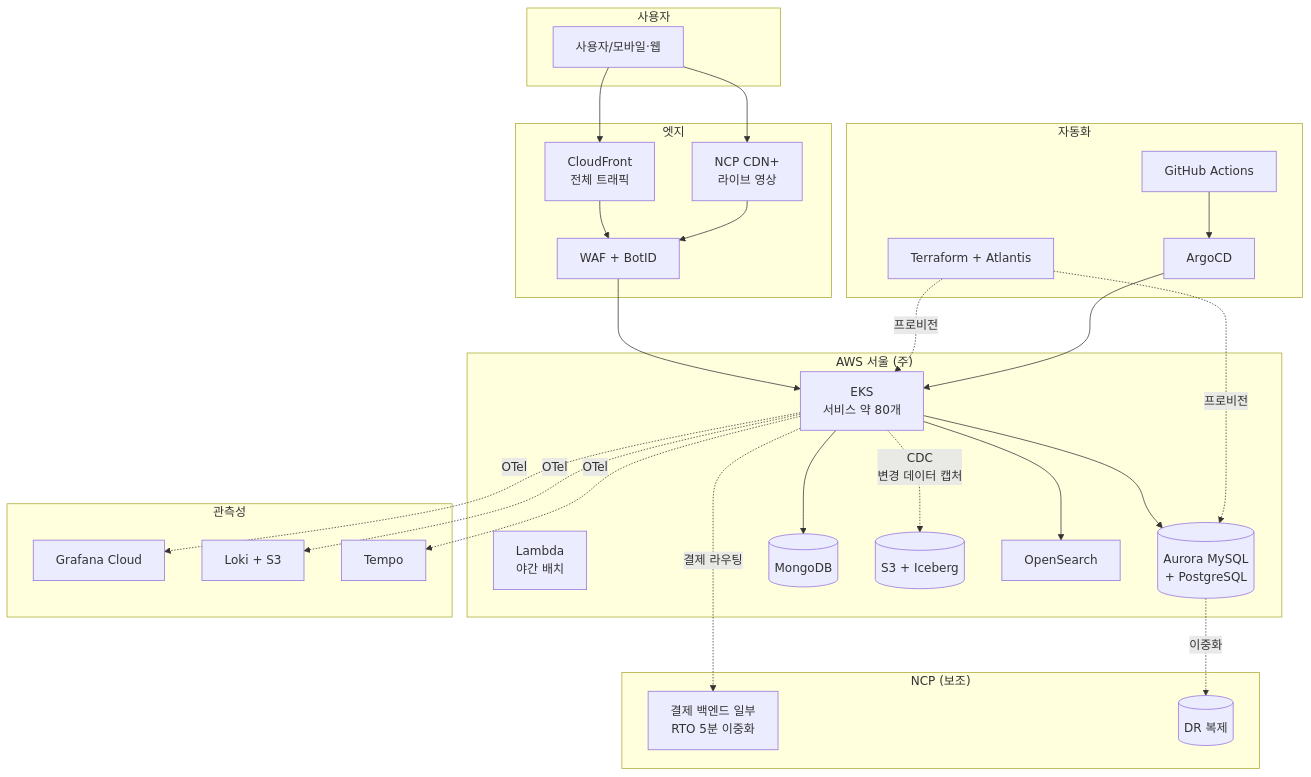
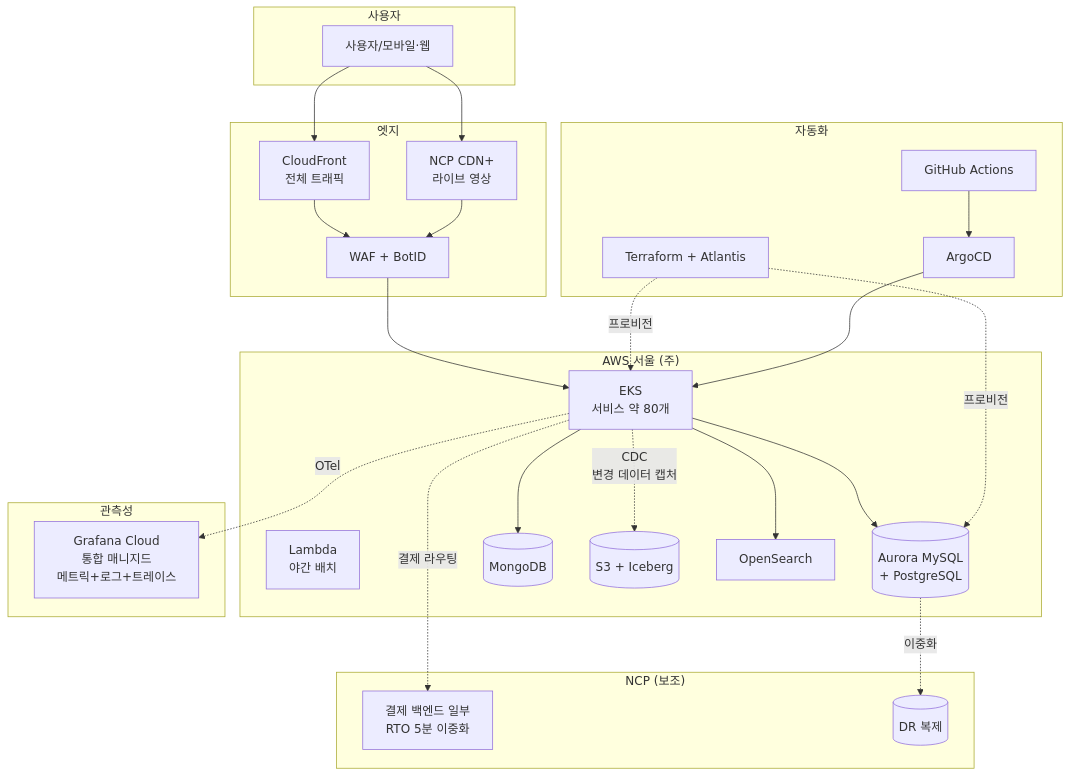
Before and after one commit to ximhear/architect-book: the third of 3 diagrams in manuscript/02-클라우드와-인프라/README.md, drawn with Mermaid. The commit also changed other lines of this file and 9 other files, not shown here.

````diff
--- a/manuscript/02-클라우드와-인프라/README.md
+++ b/manuscript/02-클라우드와-인프라/README.md
@@ -320,57 +318,53 @@
 ```mermaid
 graph TB
     subgraph 사용자
         U[사용자/모바일·웹]
     end
 
     subgraph 엣지
         CF[CloudFront<br/>전체 트래픽]
         NCDN[NCP CDN+<br/>라이브 영상]
         WAF[WAF + BotID]
     end
 
     subgraph "AWS 서울 (주)"
         EKS[EKS<br/>서비스 약 80개]
         Lambda[Lambda<br/>야간 배치]
         RDS[(Aurora MySQL<br/>+ PostgreSQL)]
         Mongo[(MongoDB)]
         S3[(S3 + Iceberg)]
         OS[OpenSearch]
     end
 
     subgraph "NCP (보조)"
         NCP_PAY[결제 백엔드 일부<br/>RTO 5분 이중화]
         NCP_DR[(DR 복제)]
     end
 
     subgraph 관측성
-        Grafana[Grafana Cloud]
-        Loki[Loki + S3]
-        Tempo[Tempo]
+        Grafana[Grafana Cloud<br/>통합 매니지드<br/>메트릭+로그+트레이스]
     end
 
     subgraph 자동화
         TF[Terraform + Atlantis]
         Argo[ArgoCD]
         GHA[GitHub Actions]
     end
 
     U --> CF
     U --> NCDN
     CF --> WAF
     NCDN --> WAF
     WAF --> EKS
     EKS --> RDS
     EKS --> Mongo
     EKS --> OS
     EKS -.CDC<br/>변경 데이터 캡처.-> S3
     RDS -.이중화.-> NCP_DR
     EKS -.결제 라우팅.-> NCP_PAY
     EKS -.OTel.-> Grafana
-    EKS -.OTel.-> Loki
-    EKS -.OTel.-> Tempo
     TF -.프로비전.-> EKS
     TF -.프로비전.-> RDS
     GHA --> Argo
     Argo --> EKS
 ```
````
